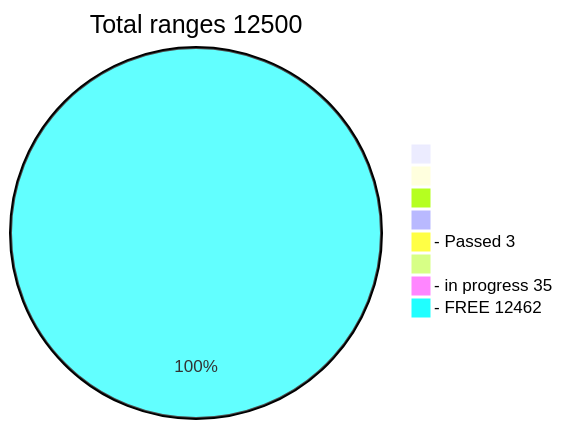
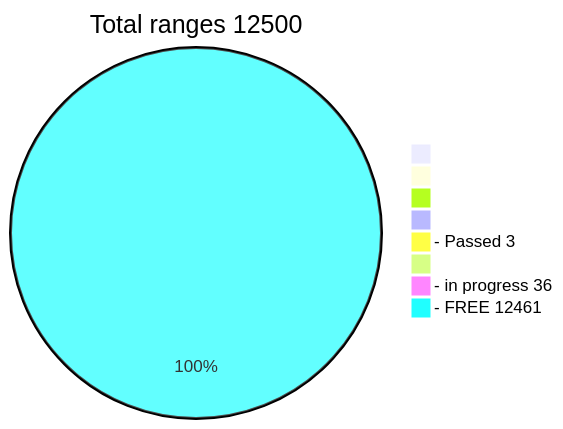
Before and after one commit to phrutis/Passphrases: the diagram in Others/Table.md, drawn with Mermaid.

````diff
--- a/Others/Table.md
+++ b/Others/Table.md
@@ -1,12 +1,12 @@
 ```mermaid
 pie title Total ranges 12500
              " " : 0
             "  " : 0
            "   " : 0
           "    " : 0
   "- Passed 3" : 3
          "     " : 0
-  "- in progress 35" : 35
-   "- FREE 12462" : 12462
+  "- in progress 36" : 36
+   "- FREE 12461" : 12461
    
 ```
````
